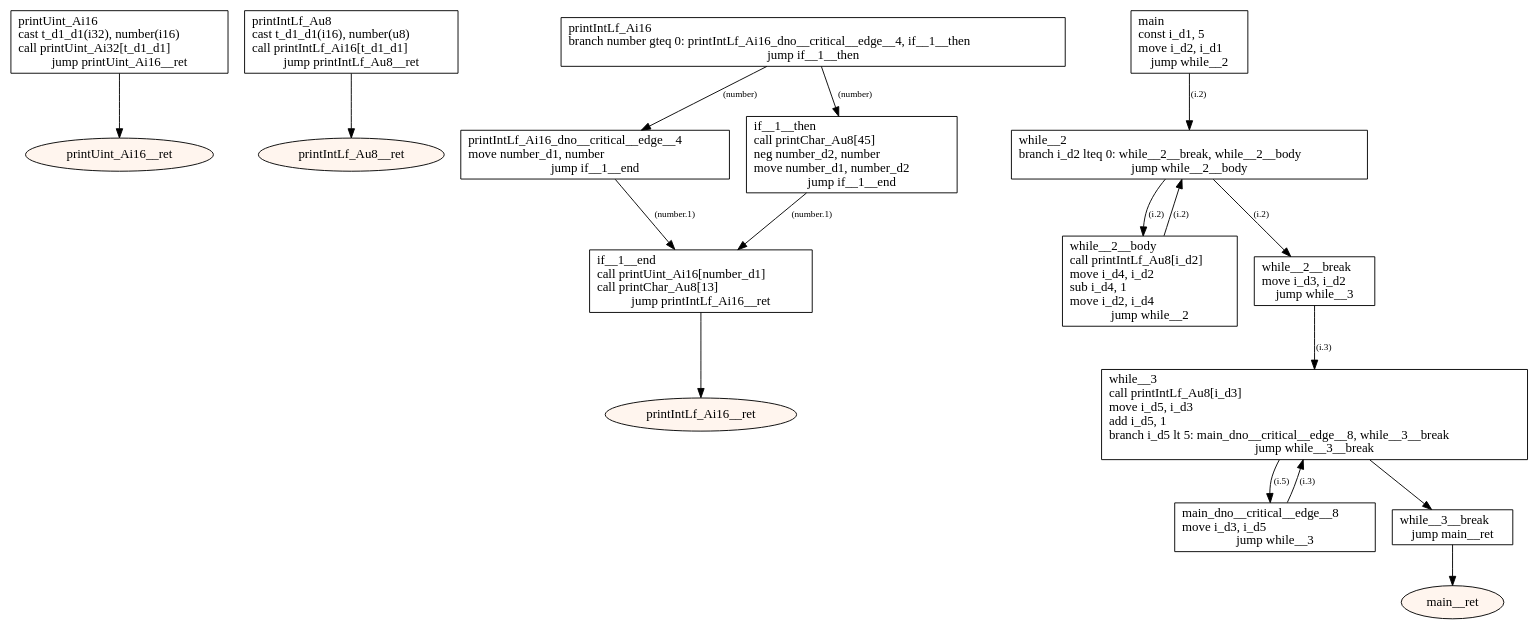
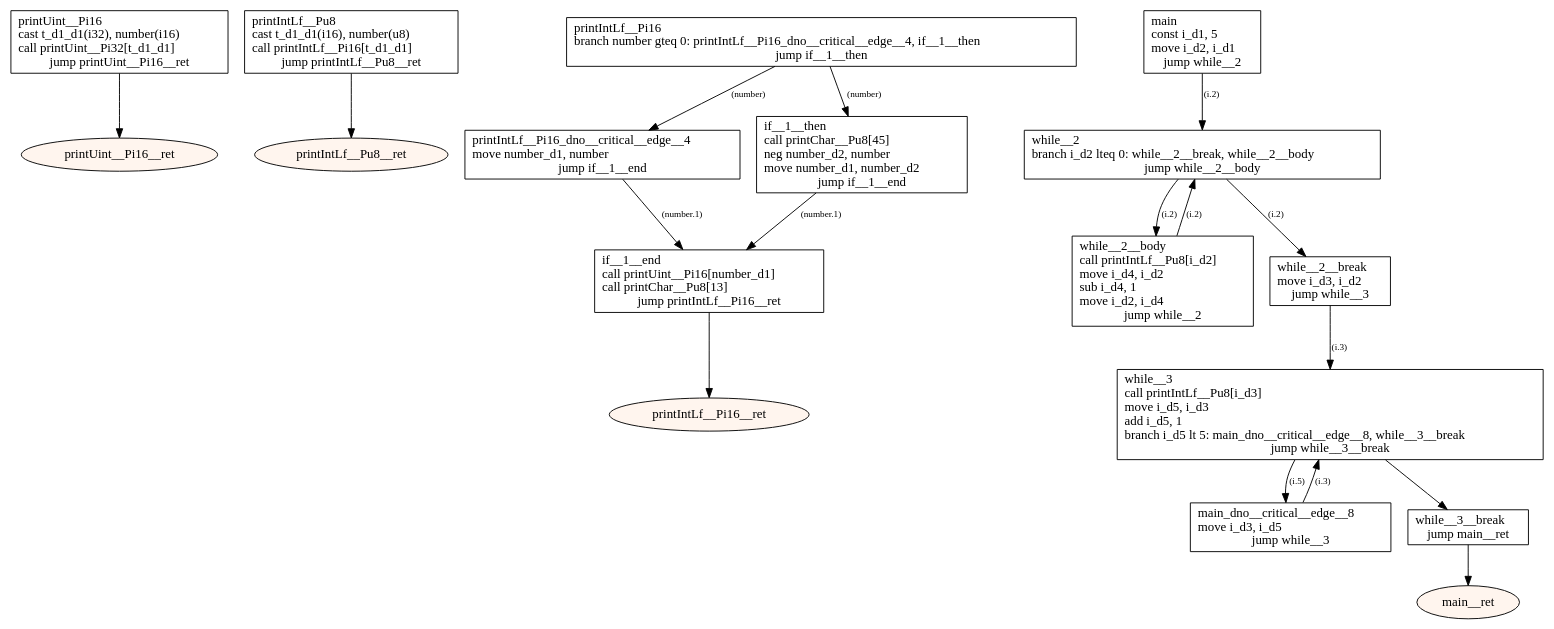
One commit to tmssngr/tinyC changed the diagram in src/main/resources-test/compiler/z8/while.dot. Above: the diagram before and after it, drawn with Graphviz. The commit also changed 523 other files, not shown here.

```diff
--- a/src/main/resources-test/compiler/z8/while.dot
+++ b/src/main/resources-test/compiler/z8/while.dot
@@ -1,44 +1,44 @@
 digraph program {
 	edge[fontsize="10pt"];
-	subgraph fn_printUint_Ai16 {
-		BasicBlock_0_printUint_Ai16 [label="printUint_Ai16\lcast t_d1_d1(i32), number(i16)\lcall printUint_Ai32[t_d1_d1]\ljump printUint_Ai16__ret",shape=box];
-		BasicBlock_0_printUint_Ai16 -> BasicBlock_0_printUint_Ai16__ret;
-		BasicBlock_0_printUint_Ai16__ret [label="printUint_Ai16__ret",shape=oval,style=filled,fillcolor="#fff5ee"];
+	subgraph fn_printUint__Pi16 {
+		BasicBlock_0_printUint__Pi16 [label="printUint__Pi16\lcast t_d1_d1(i32), number(i16)\lcall printUint__Pi32[t_d1_d1]\ljump printUint__Pi16__ret",shape=box];
+		BasicBlock_0_printUint__Pi16 -> BasicBlock_0_printUint__Pi16__ret;
+		BasicBlock_0_printUint__Pi16__ret [label="printUint__Pi16__ret",shape=oval,style=filled,fillcolor="#fff5ee"];
 	}
-	subgraph fn_printIntLf_Au8 {
-		BasicBlock_1_printIntLf_Au8 [label="printIntLf_Au8\lcast t_d1_d1(i16), number(u8)\lcall printIntLf_Ai16[t_d1_d1]\ljump printIntLf_Au8__ret",shape=box];
-		BasicBlock_1_printIntLf_Au8 -> BasicBlock_1_printIntLf_Au8__ret;
-		BasicBlock_1_printIntLf_Au8__ret [label="printIntLf_Au8__ret",shape=oval,style=filled,fillcolor="#fff5ee"];
+	subgraph fn_printIntLf__Pu8 {
+		BasicBlock_1_printIntLf__Pu8 [label="printIntLf__Pu8\lcast t_d1_d1(i16), number(u8)\lcall printIntLf__Pi16[t_d1_d1]\ljump printIntLf__Pu8__ret",shape=box];
+		BasicBlock_1_printIntLf__Pu8 -> BasicBlock_1_printIntLf__Pu8__ret;
+		BasicBlock_1_printIntLf__Pu8__ret [label="printIntLf__Pu8__ret",shape=oval,style=filled,fillcolor="#fff5ee"];
 	}
-	subgraph fn_printIntLf_Ai16 {
-		BasicBlock_2_printIntLf_Ai16 [label="printIntLf_Ai16\lbranch number gteq 0: printIntLf_Ai16_dno__critical__edge__4, if__1__then\ljump if__1__then",shape=box];
-		BasicBlock_2_printIntLf_Ai16 -> BasicBlock_2_printIntLf_Ai16_dno__critical__edge__4 [label="(number)"];
-		BasicBlock_2_printIntLf_Ai16 -> BasicBlock_2_if__1__then [label="(number)"];
-		BasicBlock_2_printIntLf_Ai16_dno__critical__edge__4 [label="printIntLf_Ai16_dno__critical__edge__4\lmove number_d1, number\ljump if__1__end",shape=box];
-		BasicBlock_2_printIntLf_Ai16_dno__critical__edge__4 -> BasicBlock_2_if__1__end [label="(number.1)"];
-		BasicBlock_2_if__1__then [label="if__1__then\lcall printChar_Au8[45]\lneg number_d2, number\lmove number_d1, number_d2\ljump if__1__end",shape=box];
+	subgraph fn_printIntLf__Pi16 {
+		BasicBlock_2_printIntLf__Pi16 [label="printIntLf__Pi16\lbranch number gteq 0: printIntLf__Pi16_dno__critical__edge__4, if__1__then\ljump if__1__then",shape=box];
+		BasicBlock_2_printIntLf__Pi16 -> BasicBlock_2_printIntLf__Pi16_dno__critical__edge__4 [label="(number)"];
+		BasicBlock_2_printIntLf__Pi16 -> BasicBlock_2_if__1__then [label="(number)"];
+		BasicBlock_2_printIntLf__Pi16_dno__critical__edge__4 [label="printIntLf__Pi16_dno__critical__edge__4\lmove number_d1, number\ljump if__1__end",shape=box];
+		BasicBlock_2_printIntLf__Pi16_dno__critical__edge__4 -> BasicBlock_2_if__1__end [label="(number.1)"];
+		BasicBlock_2_if__1__then [label="if__1__then\lcall printChar__Pu8[45]\lneg number_d2, number\lmove number_d1, number_d2\ljump if__1__end",shape=box];
 		BasicBlock_2_if__1__then -> BasicBlock_2_if__1__end [label="(number.1)"];
-		BasicBlock_2_if__1__end [label="if__1__end\lcall printUint_Ai16[number_d1]\lcall printChar_Au8[13]\ljump printIntLf_Ai16__ret",shape=box];
-		BasicBlock_2_if__1__end -> BasicBlock_2_printIntLf_Ai16__ret;
-		BasicBlock_2_printIntLf_Ai16__ret [label="printIntLf_Ai16__ret",shape=oval,style=filled,fillcolor="#fff5ee"];
+		BasicBlock_2_if__1__end [label="if__1__end\lcall printUint__Pi16[number_d1]\lcall printChar__Pu8[13]\ljump printIntLf__Pi16__ret",shape=box];
+		BasicBlock_2_if__1__end -> BasicBlock_2_printIntLf__Pi16__ret;
+		BasicBlock_2_printIntLf__Pi16__ret [label="printIntLf__Pi16__ret",shape=oval,style=filled,fillcolor="#fff5ee"];
 	}
 	subgraph fn_main {
 		BasicBlock_3_main [label="main\lconst i_d1, 5\lmove i_d2, i_d1\ljump while__2",shape=box];
 		BasicBlock_3_main -> BasicBlock_3_while__2 [label="(i.2)"];
-		BasicBlock_3_while__2__body [label="while__2__body\lcall printIntLf_Au8[i_d2]\lmove i_d4, i_d2\lsub i_d4, 1\lmove i_d2, i_d4\ljump while__2",shape=box];
+		BasicBlock_3_while__2__body [label="while__2__body\lcall printIntLf__Pu8[i_d2]\lmove i_d4, i_d2\lsub i_d4, 1\lmove i_d2, i_d4\ljump while__2",shape=box];
 		BasicBlock_3_while__2__body -> BasicBlock_3_while__2 [label="(i.2)"];
 		BasicBlock_3_while__2 [label="while__2\lbranch i_d2 lteq 0: while__2__break, while__2__body\ljump while__2__body",shape=box];
 		BasicBlock_3_while__2 -> BasicBlock_3_while__2__break [label="(i.2)"];
 		BasicBlock_3_while__2 -> BasicBlock_3_while__2__body [label="(i.2)"];
 		BasicBlock_3_while__2__break [label="while__2__break\lmove i_d3, i_d2\ljump while__3",shape=box];
 		BasicBlock_3_while__2__break -> BasicBlock_3_while__3 [label="(i.3)"];
 		BasicBlock_3_main_dno__critical__edge__8 [label="main_dno__critical__edge__8\lmove i_d3, i_d5\ljump while__3",shape=box];
 		BasicBlock_3_main_dno__critical__edge__8 -> BasicBlock_3_while__3 [label="(i.3)"];
-		BasicBlock_3_while__3 [label="while__3\lcall printIntLf_Au8[i_d3]\lmove i_d5, i_d3\ladd i_d5, 1\lbranch i_d5 lt 5: main_dno__critical__edge__8, while__3__break\ljump while__3__break",shape=box];
+		BasicBlock_3_while__3 [label="while__3\lcall printIntLf__Pu8[i_d3]\lmove i_d5, i_d3\ladd i_d5, 1\lbranch i_d5 lt 5: main_dno__critical__edge__8, while__3__break\ljump while__3__break",shape=box];
 		BasicBlock_3_while__3 -> BasicBlock_3_main_dno__critical__edge__8 [label="(i.5)"];
 		BasicBlock_3_while__3 -> BasicBlock_3_while__3__break;
 		BasicBlock_3_while__3__break [label="while__3__break\ljump main__ret",shape=box];
 		BasicBlock_3_while__3__break -> BasicBlock_3_main__ret;
 		BasicBlock_3_main__ret [label="main__ret",shape=oval,style=filled,fillcolor="#fff5ee"];
 	}
 }
```
